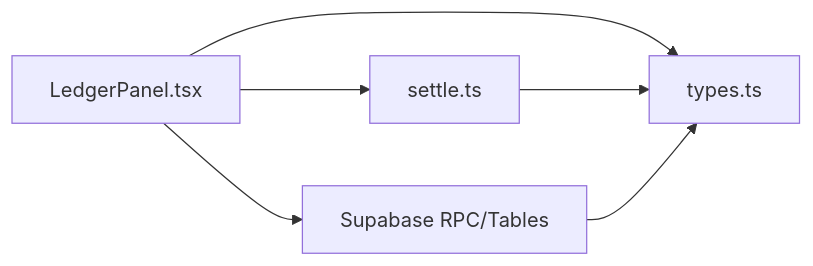
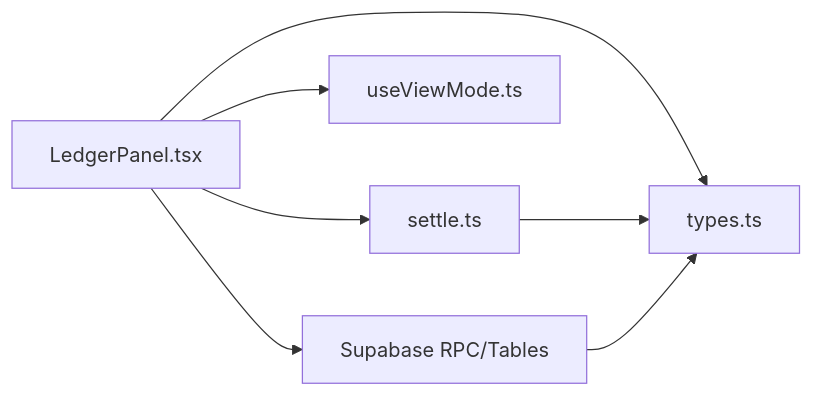
The eighth of 8 diagrams in .qoder/repowiki/zh/content/核心功能模块/费用管理模块.md (huangyilu/wanwuyishi), drawn with Mermaid before and after one commit. The commit also changed other lines of this file and 103 other files, not shown here.

````diff
--- a/.qoder/repowiki/zh/content/核心功能模块/费用管理模块.md
+++ b/.qoder/repowiki/zh/content/核心功能模块/费用管理模块.md
@@ -254,8 +341,9 @@
 ```mermaid
 graph LR
 LP["LedgerPanel.tsx"] --> ST["settle.ts"]
 LP --> TP["types.ts"]
+LP --> VM["useViewMode.ts"]
 LP --> SB["Supabase RPC/Tables"]
 ST --> TP
 SB --> TP
 ```
````
